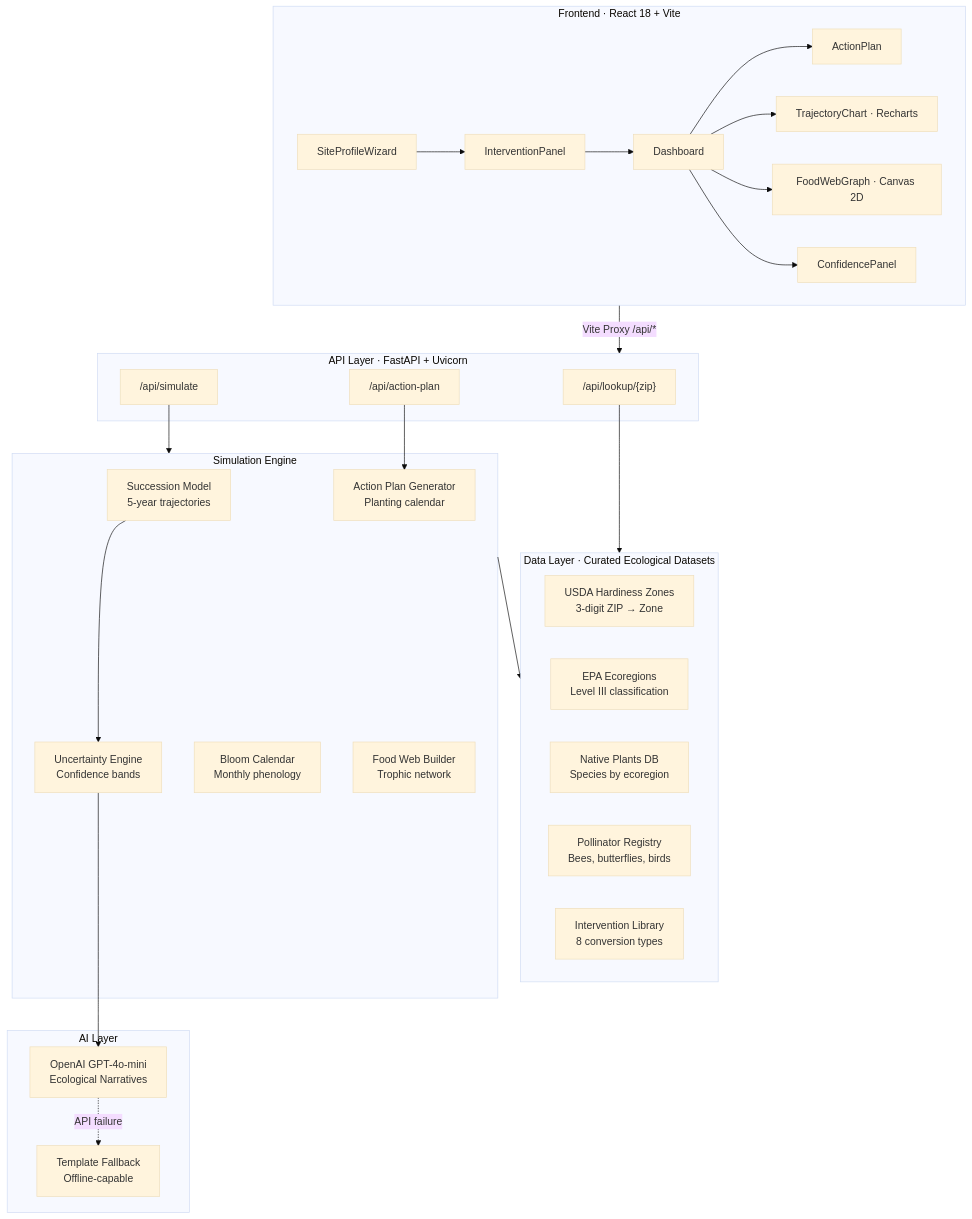
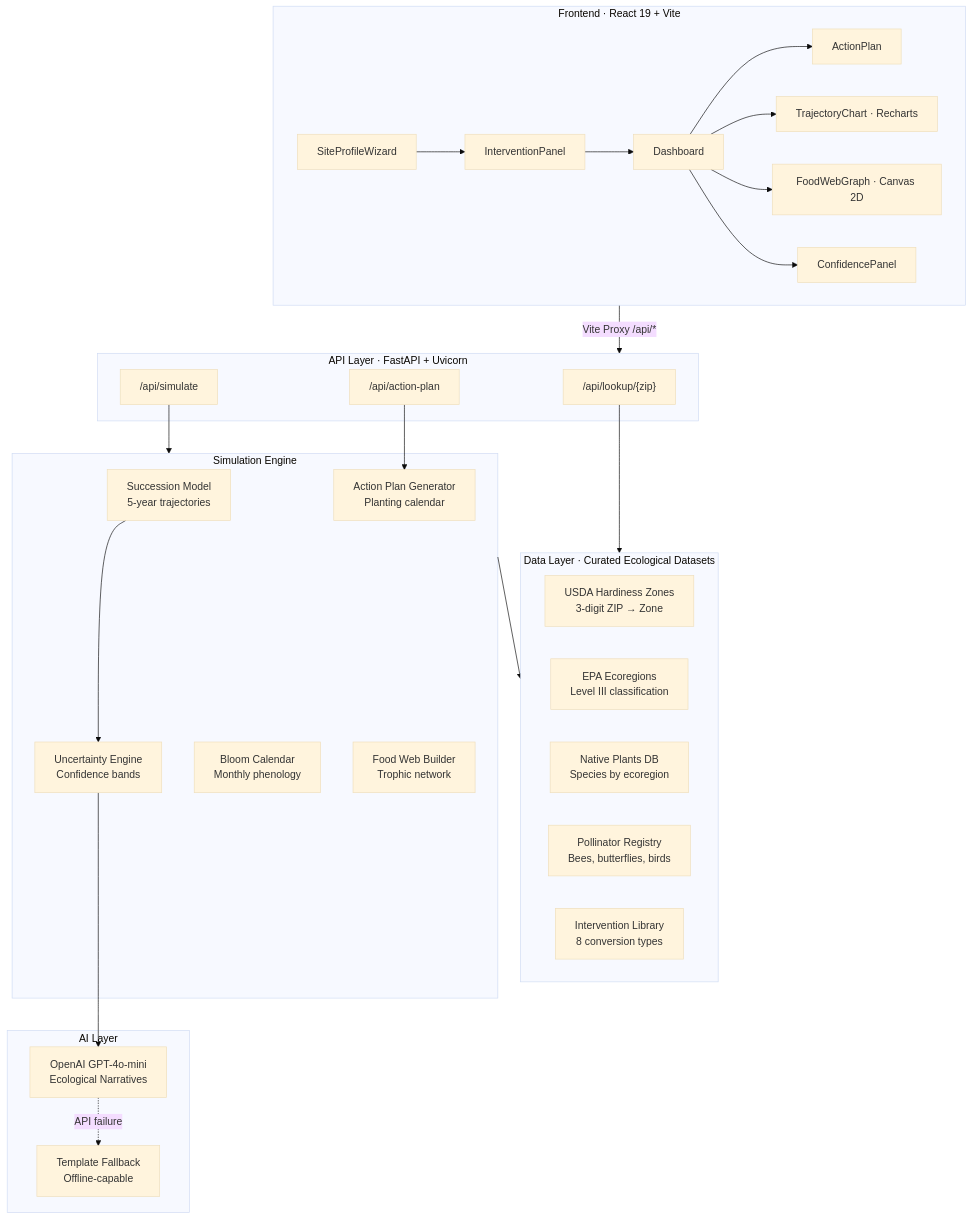
Before and after one commit to ankitlade12/Rewild: the second of 3 diagrams in README.md, drawn with Mermaid (base theme). The commit also changed other lines of this file and 26 other files, not shown here.

````diff
--- a/README.md
+++ b/README.md
@@ -72,47 +72,47 @@
 ```mermaid
 graph TB
-    subgraph Frontend ["Frontend · React 18 + Vite"]
+    subgraph Frontend ["Frontend · React 19 + Vite"]
         W["SiteProfileWizard"] --> IP["InterventionPanel"]
         IP --> D["Dashboard"]
         D --> AP["ActionPlan"]
         D --> TC["TrajectoryChart · Recharts"]
         D --> FW["FoodWebGraph · Canvas 2D"]
         D --> CP["ConfidencePanel"]
     end
 
     subgraph APILayer ["API Layer · FastAPI + Uvicorn"]
         L["/api/lookup/{zip}"]
         S["/api/simulate"]
         A["/api/action-plan"]
     end
 
     subgraph DataLayer ["Data Layer · Curated Ecological Datasets"]
         UZ["USDA Hardiness Zones\n3-digit ZIP → Zone"]
         ER["EPA Ecoregions\nLevel III classification"]
         NP["Native Plants DB\nSpecies by ecoregion"]
         PO["Pollinator Registry\nBees, butterflies, birds"]
         IV["Intervention Library\n8 conversion types"]
     end
 
     subgraph SimEngine ["Simulation Engine"]
         SE["Succession Model\n5-year trajectories"]
         UE["Uncertainty Engine\nConfidence bands"]
         BC["Bloom Calendar\nMonthly phenology"]
         FWB["Food Web Builder\nTrophic network"]
         APG["Action Plan Generator\nPlanting calendar"]
     end
 
     subgraph AILayer ["AI Layer"]
         GPT["OpenAI GPT-4o-mini\nEcological Narratives"]
         FB["Template Fallback\nOffline-capable"]
     end
 
     Frontend -->|"Vite Proxy /api/*"| APILayer
     L --> DataLayer
     S --> SimEngine
     A --> APG
     SimEngine --> DataLayer
     SE --> UE
     UE --> GPT
     GPT -.->|"API failure"| FB
 ```
````
